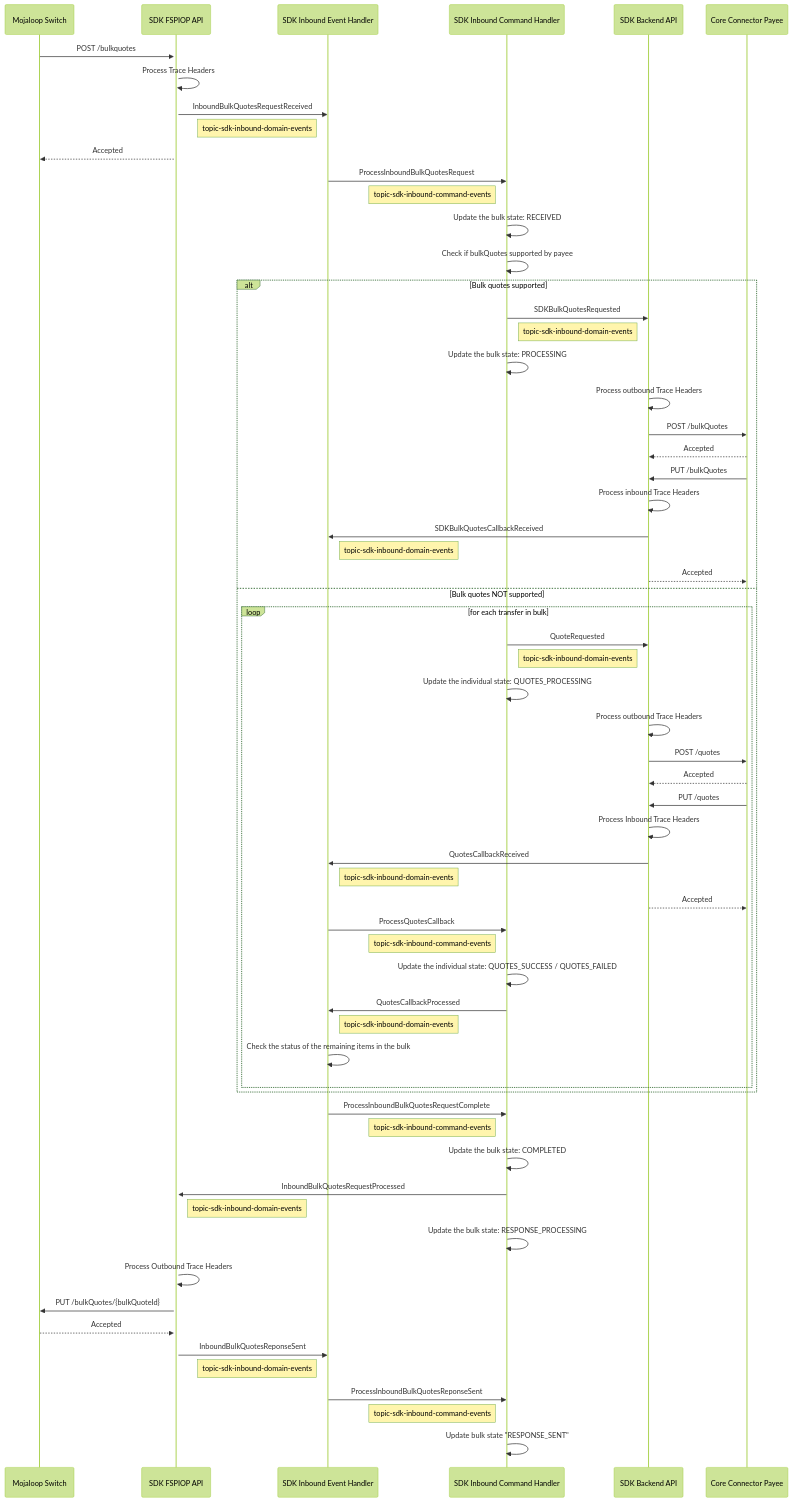
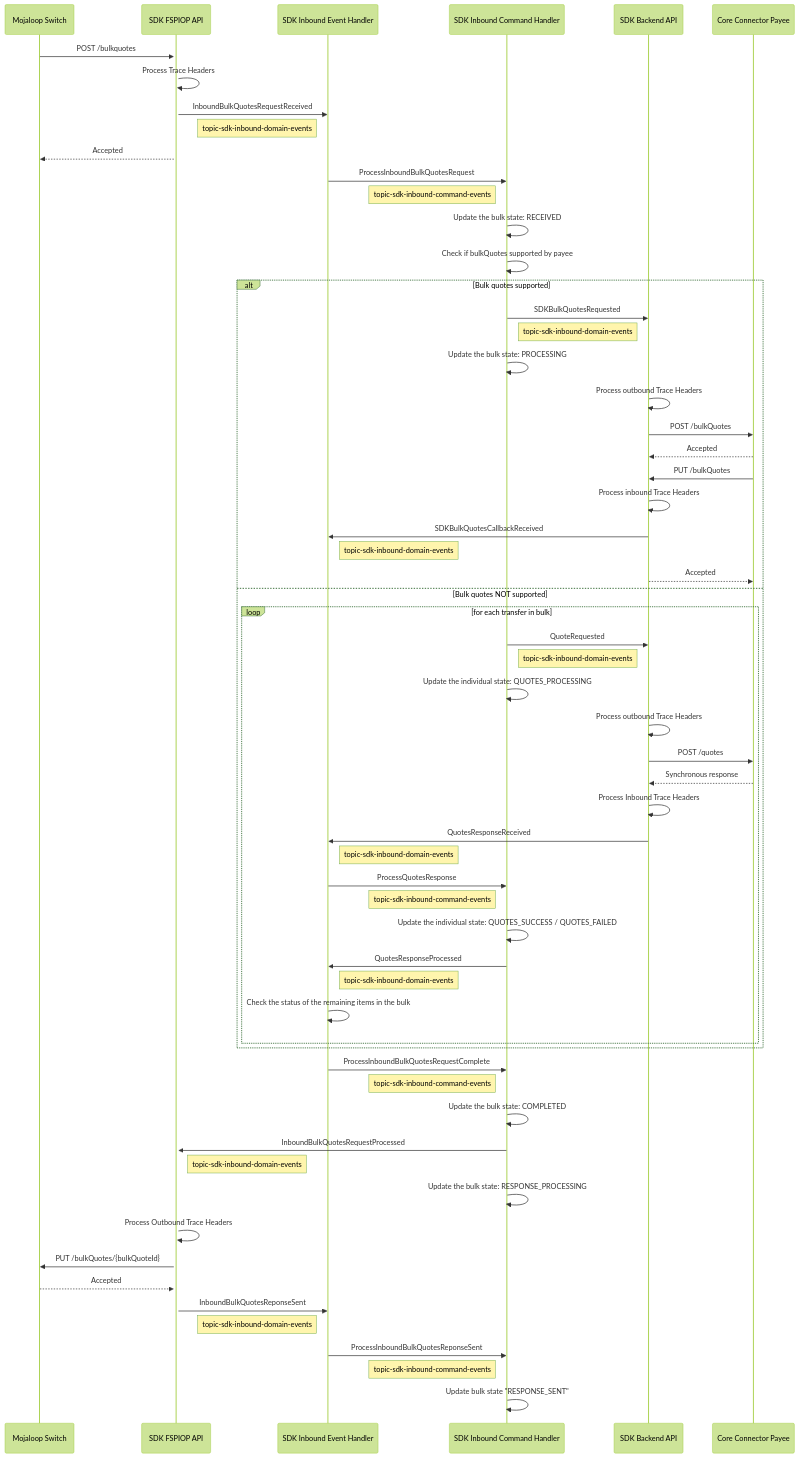
One commit to mojaloop/sdk-scheme-adapter changed the diagram in docs/design-bulk-transfers/inbound-bulk-quotes-sequence.md. Above: the diagram before and after it, drawn with Mermaid (forest theme). The commit also changed 1 other file, not shown here.

Commit message:
Changed quotes and transfers requests to core connector to sync

````diff
--- a/docs/design-bulk-transfers/inbound-bulk-quotes-sequence.md
+++ b/docs/design-bulk-transfers/inbound-bulk-quotes-sequence.md
@@ -3,68 +3,66 @@
 ```mermaid
 sequenceDiagram
     participant MojaloopSwitch as Mojaloop Switch
     participant SDKFspiopApi as SDK FSPIOP API
     participant SDKInboundEventHandler as SDK Inbound Event Handler
     participant SDKInboundCommandHandler as SDK Inbound Command Handler
     participant SDKBackendApi as SDK Backend API
     participant CoreConnector as Core Connector Payee
    
     MojaloopSwitch->>+SDKFspiopApi: POST /bulkquotes
     SDKFspiopApi->>SDKFspiopApi: Process Trace Headers
     SDKFspiopApi->>SDKInboundEventHandler: InboundBulkQuotesRequestReceived
     Note left of SDKInboundEventHandler: topic-sdk-inbound-domain-events
     SDKFspiopApi-->>MojaloopSwitch: Accepted
     SDKInboundEventHandler->>SDKInboundCommandHandler: ProcessInboundBulkQuotesRequest
     Note left of SDKInboundCommandHandler: topic-sdk-inbound-command-events
     SDKInboundCommandHandler->>SDKInboundCommandHandler: Update the bulk state: RECEIVED
     SDKInboundCommandHandler->>SDKInboundCommandHandler: Check if bulkQuotes supported by payee
 
     alt Bulk quotes supported
         SDKInboundCommandHandler->>SDKBackendApi: SDKBulkQuotesRequested
         Note left of SDKBackendApi: topic-sdk-inbound-domain-events
         SDKInboundCommandHandler->>SDKInboundCommandHandler: Update the bulk state: PROCESSING
         SDKBackendApi->>SDKBackendApi: Process outbound Trace Headers
         SDKBackendApi->>CoreConnector: POST /bulkQuotes
         CoreConnector-->>SDKBackendApi: Accepted
         CoreConnector->>SDKBackendApi: PUT /bulkQuotes
         SDKBackendApi->>SDKBackendApi: Process inbound Trace Headers
         SDKBackendApi->>SDKInboundEventHandler: SDKBulkQuotesCallbackReceived
         Note right of SDKInboundEventHandler: topic-sdk-inbound-domain-events
         SDKBackendApi-->>CoreConnector: Accepted
     else Bulk quotes NOT supported
         loop for each transfer in bulk
             SDKInboundCommandHandler->>SDKBackendApi: QuoteRequested
             Note left of SDKBackendApi: topic-sdk-inbound-domain-events
             SDKInboundCommandHandler->>SDKInboundCommandHandler: Update the individual state: QUOTES_PROCESSING
             SDKBackendApi->>SDKBackendApi: Process outbound Trace Headers
             SDKBackendApi->>CoreConnector: POST /quotes
-            CoreConnector-->>SDKBackendApi: Accepted
-            CoreConnector->>SDKBackendApi: PUT /quotes
+            CoreConnector-->>SDKBackendApi: Synchronous response
             SDKBackendApi->>SDKBackendApi: Process Inbound Trace Headers
-            SDKBackendApi->>SDKInboundEventHandler: QuotesCallbackReceived
+            SDKBackendApi->>SDKInboundEventHandler: QuotesResponseReceived
             Note right of SDKInboundEventHandler: topic-sdk-inbound-domain-events
-            SDKBackendApi-->>CoreConnector: Accepted
-            SDKInboundEventHandler->>SDKInboundCommandHandler: ProcessQuotesCallback
+            SDKInboundEventHandler->>SDKInboundCommandHandler: ProcessQuotesResponse
             Note left of SDKInboundCommandHandler: topic-sdk-inbound-command-events
             SDKInboundCommandHandler->>SDKInboundCommandHandler: Update the individual state: QUOTES_SUCCESS / QUOTES_FAILED
-            SDKInboundCommandHandler->>SDKInboundEventHandler: QuotesCallbackProcessed
+            SDKInboundCommandHandler->>SDKInboundEventHandler: QuotesResponseProcessed
             Note right of SDKInboundEventHandler: topic-sdk-inbound-domain-events
             SDKInboundEventHandler->>SDKInboundEventHandler: Check the status of the remaining items in the bulk
         end
     end
     SDKInboundEventHandler->>SDKInboundCommandHandler: ProcessInboundBulkQuotesRequestComplete
     Note left of SDKInboundCommandHandler: topic-sdk-inbound-command-events
     SDKInboundCommandHandler->>SDKInboundCommandHandler: Update the bulk state: COMPLETED
     SDKInboundCommandHandler->>SDKFspiopApi: InboundBulkQuotesRequestProcessed
     Note right of SDKFspiopApi: topic-sdk-inbound-domain-events
     SDKInboundCommandHandler->>SDKInboundCommandHandler: Update the bulk state: RESPONSE_PROCESSING
     SDKFspiopApi->>SDKFspiopApi: Process Outbound Trace Headers
     SDKFspiopApi->>MojaloopSwitch: PUT /bulkQuotes/{bulkQuoteId}
     MojaloopSwitch-->>SDKFspiopApi: Accepted
     SDKFspiopApi->>SDKInboundEventHandler: InboundBulkQuotesReponseSent
     Note left of SDKInboundEventHandler: topic-sdk-inbound-domain-events
     SDKInboundEventHandler->>SDKInboundCommandHandler: ProcessInboundBulkQuotesReponseSent
     Note left of SDKInboundCommandHandler: topic-sdk-inbound-command-events
     SDKInboundCommandHandler->>SDKInboundCommandHandler: Update bulk state "RESPONSE_SENT"
 
 ```
````
